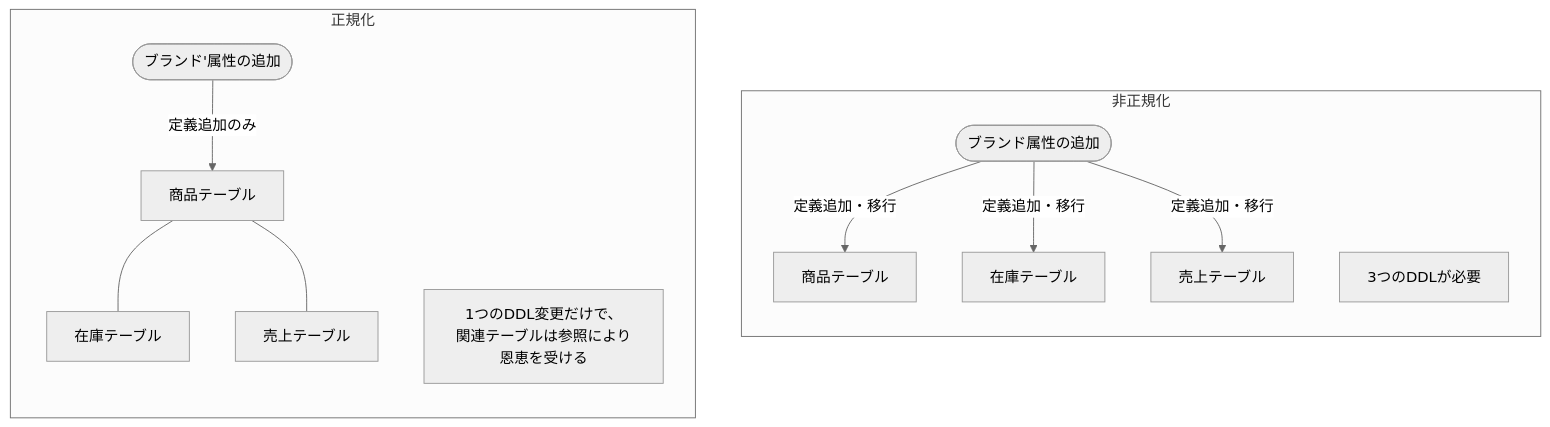
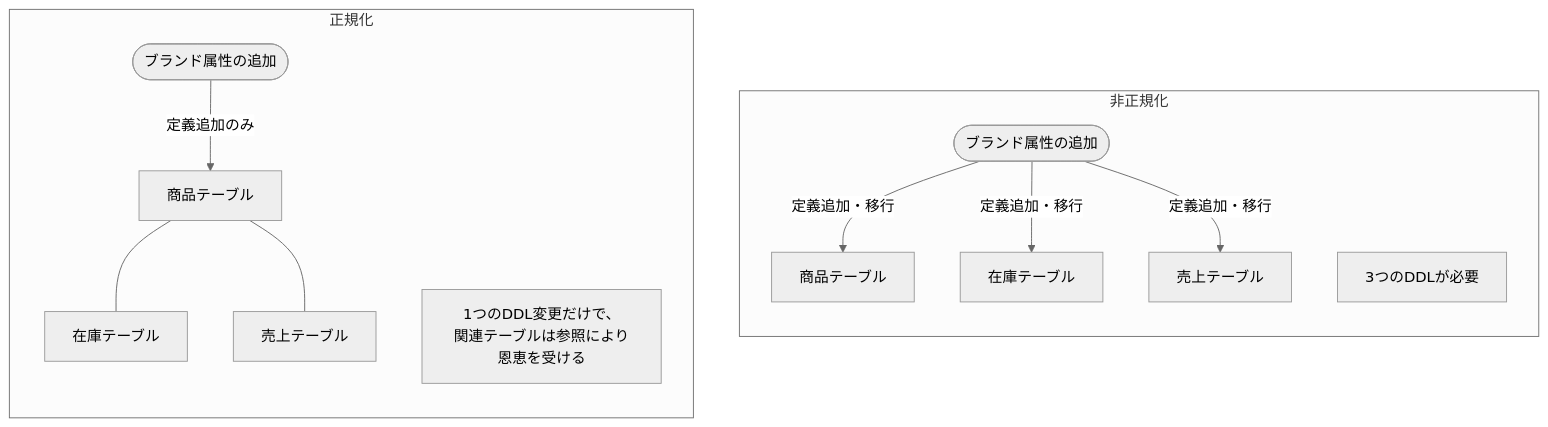
Before and after one commit to future-architect/arch-guidelines: the second of 4 diagrams in documents/forPrinciple/principle_guidelines.md, drawn with Mermaid (neutral theme). The commit also changed other lines of this file, not shown here.

````diff
--- a/documents/forPrinciple/principle_guidelines.md
+++ b/documents/forPrinciple/principle_guidelines.md
@@ -438,20 +438,20 @@
 ```mermaid
 graph TD
 subgraph "非正規化"
 	direction TB
 	Spec1([ブランド属性の追加])
 	Spec1 -- "定義追加・移行" --> T1[商品テーブル]
 	Spec1 -- "定義追加・移行" --> T2[在庫テーブル]
 	Spec1 -- "定義追加・移行" --> T3[売上テーブル]
 	Note1[3つのDDLが必要]
 end
 
 subgraph "正規化"
 	direction TB
-	Spec2([ブランド'属性の追加])
+	Spec2([ブランド属性の追加])
 	Spec2 -- "定義追加のみ" --> P[商品テーブル]
 	P --- Inv[在庫テーブル]
 	P --- Sal[売上テーブル]
 	Note2[1つのDDL変更だけで、<br/>関連テーブルは参照により恩恵を受ける]
 end
 ```
````
